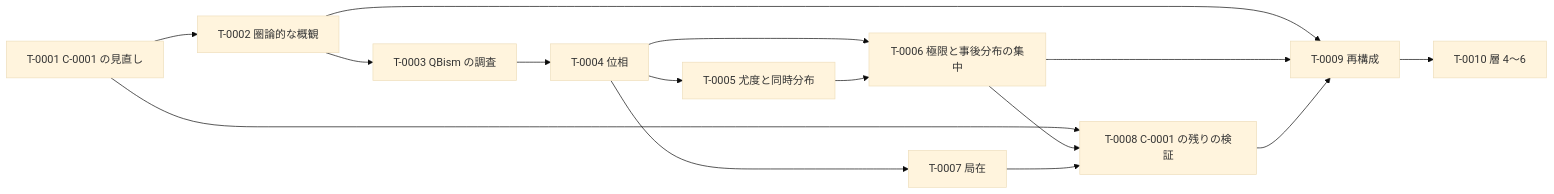
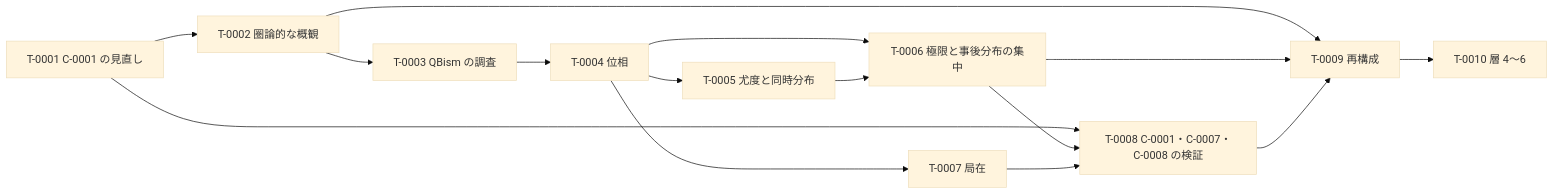
One commit to kittenkiki15/point-free-spacetime changed the diagram in roadmap.md. Above: the diagram before and after it, drawn with Mermaid (base theme). The commit also changed other lines of this file and 3 other files, not shown here.

````diff
--- a/roadmap.md
+++ b/roadmap.md
@@ -52,17 +52,17 @@
 ```mermaid
 flowchart LR
   T0001["T-0001 C-0001 の見直し"] --> T0002["T-0002 圏論的な概観"]
   T0002 --> T0003["T-0003 QBism の調査"]
   T0003 --> T0004["T-0004 位相"]
   T0004 --> T0005["T-0005 尤度と同時分布"]
   T0004 --> T0006["T-0006 極限と事後分布の集中"]
   T0005 --> T0006
   T0004 --> T0007["T-0007 局在"]
-  T0001 --> T0008["T-0008 C-0001 の残りの検証"]
+  T0001 --> T0008["T-0008 C-0001・C-0007・C-0008 の検証"]
   T0006 --> T0008
   T0007 --> T0008
   T0002 --> T0009["T-0009 再構成"]
   T0006 --> T0009
   T0008 --> T0009
   T0009 --> T0010["T-0010 層 4〜6"]
 ```
````
